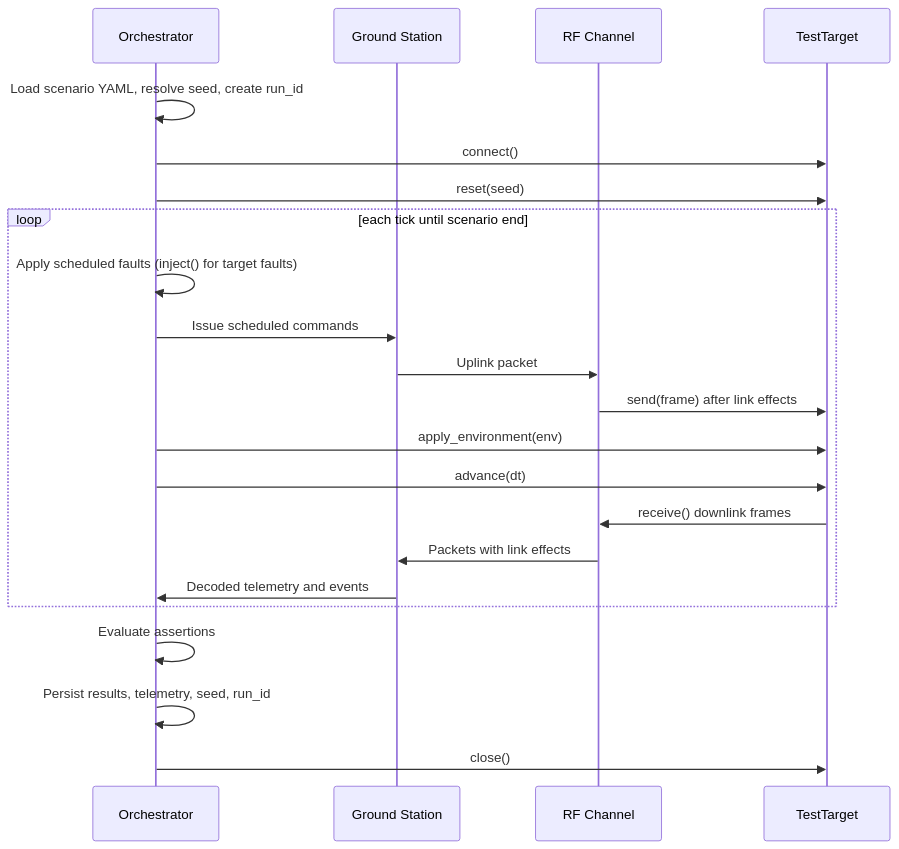
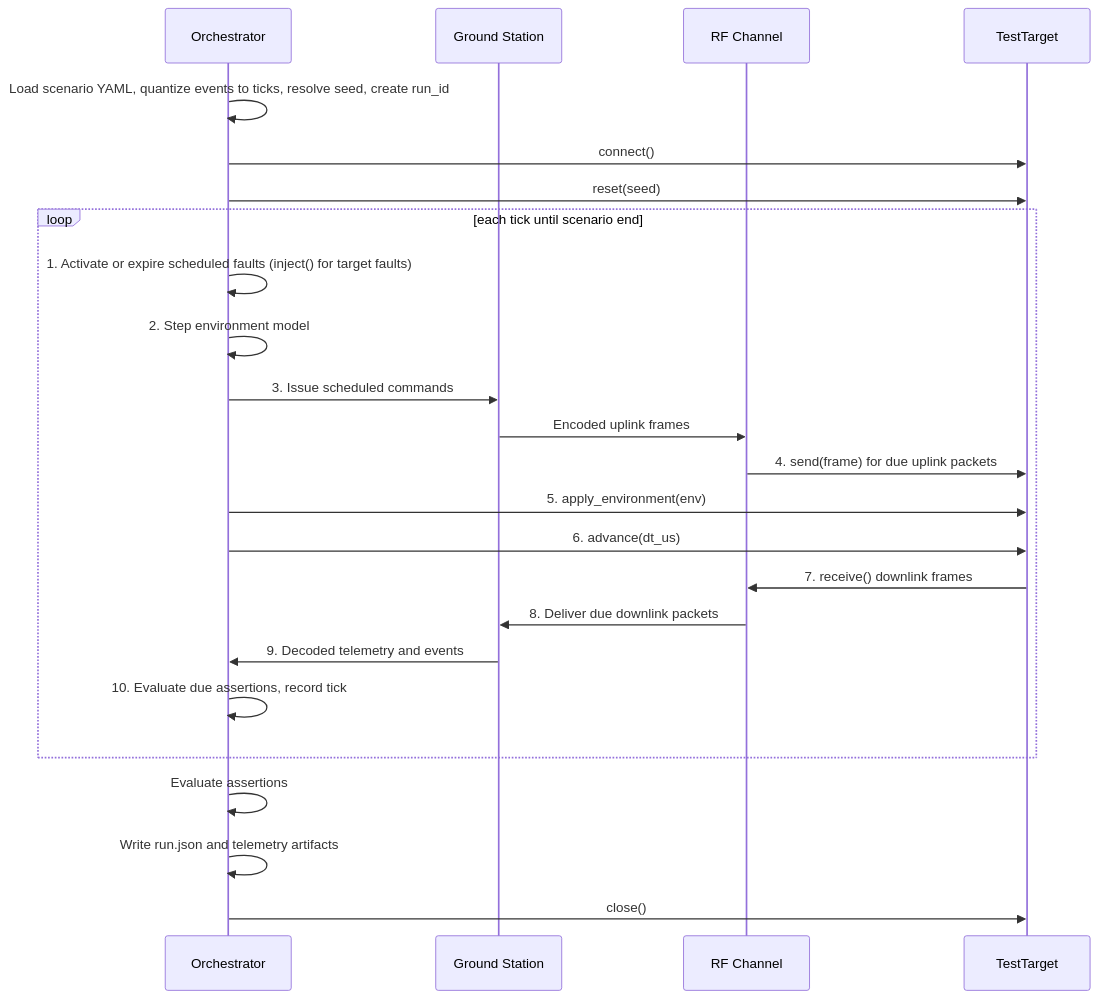
Before and after one commit to solaranoir/pocketsat-testlab: the third of 3 diagrams in docs/architecture.md, drawn with Mermaid. The commit also changed other lines of this file, not shown here.

Commit message:
Update architecture doc for ADR-0003 and add SIL/HIL paths

````diff
--- a/docs/architecture.md
+++ b/docs/architecture.md
@@ -111,25 +143,27 @@
 ```mermaid
 sequenceDiagram
     participant O as Orchestrator
     participant G as Ground Station
     participant R as RF Channel
     participant T as TestTarget
 
-    O->>O: Load scenario YAML, resolve seed, create run_id
+    O->>O: Load scenario YAML, quantize events to ticks, resolve seed, create run_id
     O->>T: connect()
     O->>T: reset(seed)
     loop each tick until scenario end
-        O->>O: Apply scheduled faults (inject() for target faults)
-        O->>G: Issue scheduled commands
-        G->>R: Uplink packet
-        R->>T: send(frame) after link effects
-        O->>T: apply_environment(env)
-        O->>T: advance(dt)
-        T->>R: receive() downlink frames
-        R->>G: Packets with link effects
-        G->>O: Decoded telemetry and events
+        O->>O: 1. Activate or expire scheduled faults (inject() for target faults)
+        O->>O: 2. Step environment model
+        O->>G: 3. Issue scheduled commands
+        G->>R: Encoded uplink frames
+        R->>T: 4. send(frame) for due uplink packets
+        O->>T: 5. apply_environment(env)
+        O->>T: 6. advance(dt_us)
+        T->>R: 7. receive() downlink frames
+        R->>G: 8. Deliver due downlink packets
+        G->>O: 9. Decoded telemetry and events
+        O->>O: 10. Evaluate due assertions, record tick
     end
     O->>O: Evaluate assertions
-    O->>O: Persist results, telemetry, seed, run_id
+    O->>O: Write run.json and telemetry artifacts
     O->>T: close()
 ```
````
